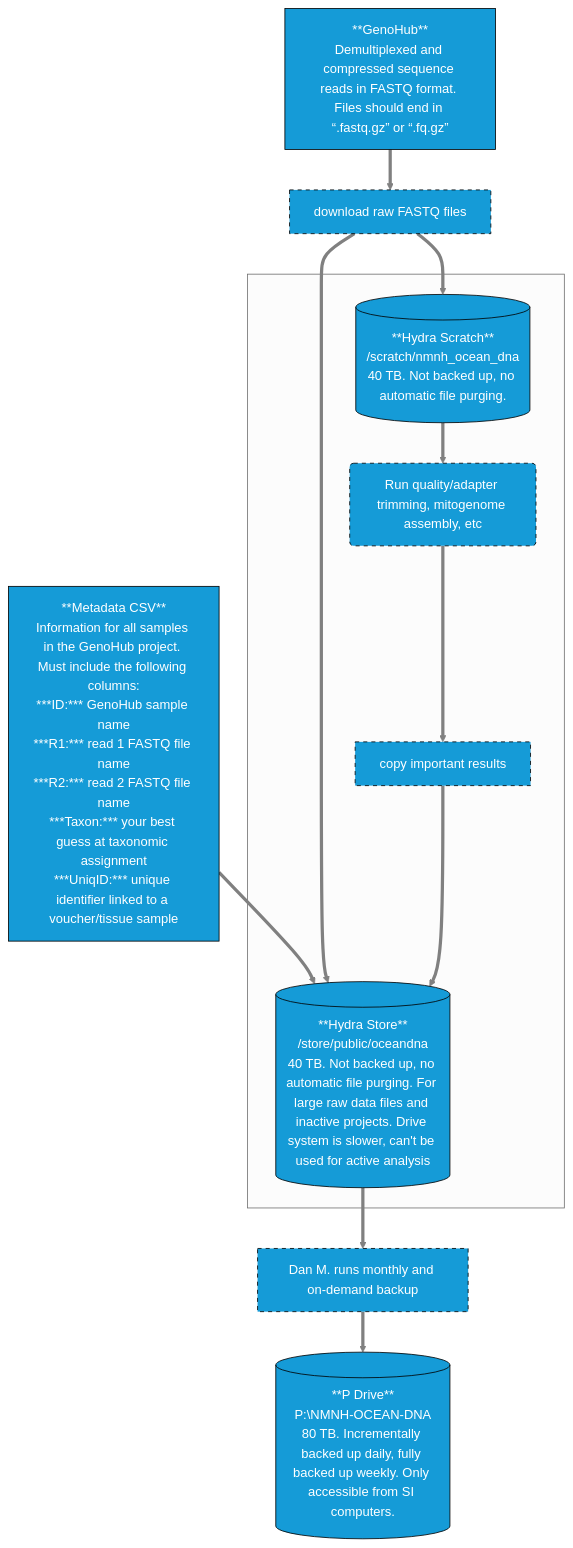
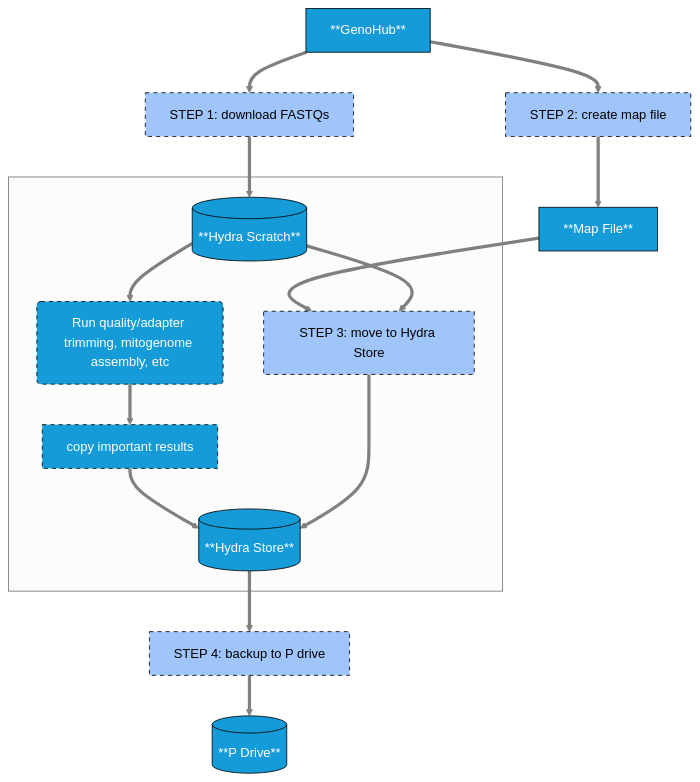
Before and after one commit to Smithsonian/NMNH-Ocean-DNA: the diagram in qmd/datamanagement.qmd, drawn with Mermaid (neutral theme). The commit also changed other lines of this file and 13 other files, not shown here.

````diff
--- a/qmd/datamanagement.qmd
+++ b/qmd/datamanagement.qmd
@@ -9,52 +31,45 @@
 ```{mermaid}
 graph TD;
 
-  GenoHub[**GenoHub**
-Demultiplexed and compressed sequence reads in FASTQ format. Files should end in “.fastq.gz” or “.fq.gz”]
-  Metadata[**Metadata CSV**
-Information for all samples in the GenoHub project. Must include the following columns:
-***ID:*** GenoHub sample name
-***R1:*** read 1 FASTQ file name
-***R2:*** read 2 FASTQ file name
-***Taxon:*** your best guess at taxonomic assignment
-***UniqID:*** unique identifier linked to a voucher/tissue sample
-  ]
+  GenoHub[**GenoHub**]
+  Metadata[**Map File**]
   Analyses(Run quality/adapter trimming, mitogenome assembly, etc)
-  Scratch[(**Hydra Scratch**
-/scratch/nmnh_ocean_dna
-40 TB. Not backed up, no automatic file purging.)]
-  Store[(**Hydra Store**
-/store/public/oceandna
-40 TB. Not backed up, no automatic file purging. For large raw data files and inactive projects. Drive system is slower, can't be used for active analysis)]
-  PDrive[(**P Drive**
-P:&bsol;NMNH-OCEAN-DNA
-80 TB. Incrementally backed up daily, fully backed up weekly. Only accessible from SI computers.)]
+  Scratch[(**Hydra Scratch**)]
+  Store[(**Hydra Store**)]
+  PDrive[(**P Drive**)]
   
-  Move1[download raw FASTQ files]  
+  Move0[STEP 2: create map file]
+  Move1[STEP 1: download FASTQs]  
   Move3[copy important results]
-  Move4[Dan M. runs monthly and on-demand backup]
+  Move4[STEP 3: move to Hydra Store]
+  Move5[STEP 4: backup to P drive]
 
-  Metadata-->Store
+  Move0-->Metadata
+  Metadata-->Move4
   GenoHub-->Move1
-  Move1-->Store
+  GenoHub-->Move0
+  Scratch-->Move4
   Move1-->Scratch
   subgraph " "
     Scratch-->Analyses
     Analyses-->Move3
     Move3-->Store
+    Move4-->Store
   end
-  Store-->Move4
-  Move4-->PDrive
+  Store-->Move5
+  Move5-->PDrive
 
   classDef process stroke:black,color:white,fill:#159BD7,stroke-dasharray: 5 5
   classDef storage stroke:black,color:white,fill:#159BD7
   classDef ccr stroke:black,color:white,fill:#159BD7
+  classDef step stroke:black,color:black,fill:#a0c5fa,stroke-dasharray: 5 5
 
-  class Rename,Analyses,Move1,Move2,Move3,Move4 process
+  class Rename,Analyses,Move2,Move3 process
   class Metadata,GenoHub,Scratch,Store,PDrive storage
+  class Move0,Move1,Move4,Move5 step
 
   click Rename "bestpractices.html"
 
   linkStyle default stroke:grey, stroke-width:4px
 
 ```
````
